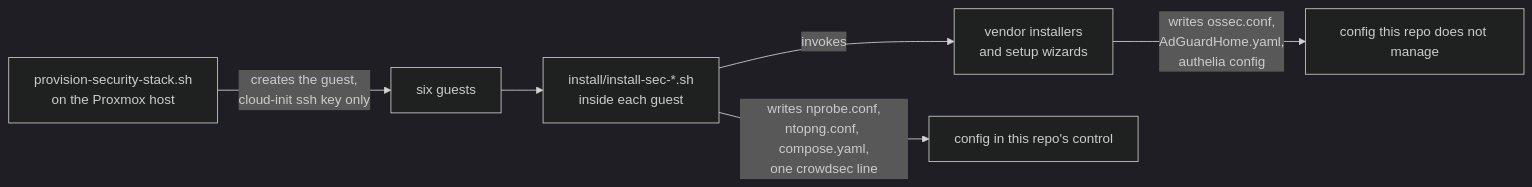
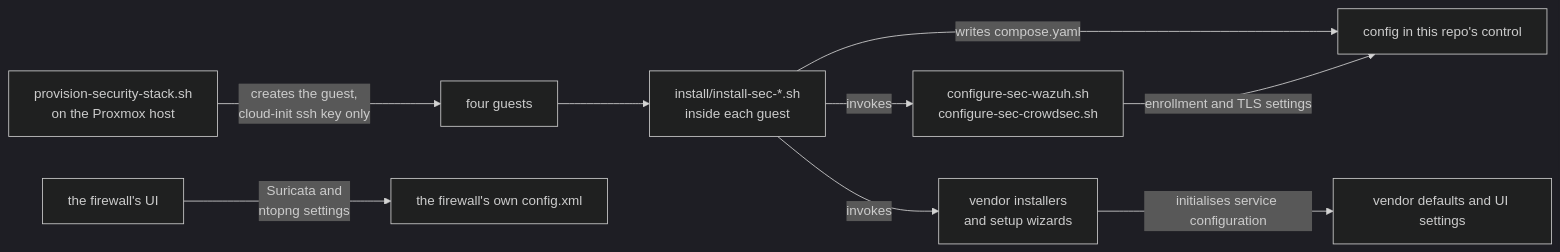
One commit to HarshitRuwali/homelab-infra changed the diagram in security/docs/components/index.md. Above: the diagram before and after it, drawn with Mermaid (dark theme). The commit also changed other lines of this file and 49 other files, not shown here.

````diff
--- a/security/docs/components/index.md
+++ b/security/docs/components/index.md
@@ -412,12 +440,15 @@
 ```mermaid
 flowchart LR
     PROV["provision-security-stack.sh<br/>on the Proxmox host"]
     INST["install/install-sec-*.sh<br/>inside each guest"]
     VEND["vendor installers<br/>and setup wizards"]
 
-    PROV -->|"creates the guest,<br/>cloud-init ssh key only"| G["six guests"]
+    PROV -->|"creates the guest,<br/>cloud-init ssh key only"| G["four guests"]
     G --> INST
-    INST -->|"writes nprobe.conf,<br/>ntopng.conf, compose.yaml,<br/>one crowdsec line"| CFG["config in this repo's control"]
+    INST -->|"writes compose.yaml"| CFG["config in this repo's control"]
     INST -->|"invokes"| VEND
-    VEND -->|"writes ossec.conf,<br/>AdGuardHome.yaml,<br/>authelia config"| OTH["config this repo does not manage"]
+    INST -->|"invokes"| AUTH["configure-sec-wazuh.sh<br/>configure-sec-crowdsec.sh"]
+    AUTH -->|"enrollment and TLS settings"| CFG
+    VEND -->|"initialises service configuration"| BASE["vendor defaults and UI settings"]
+    FW["the firewall's UI"] -->|"Suricata and<br/>ntopng settings"| FWC["the firewall's own config.xml"]
 ```
````
